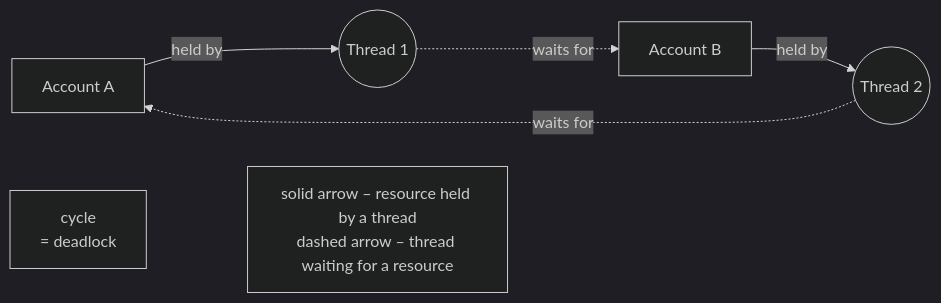
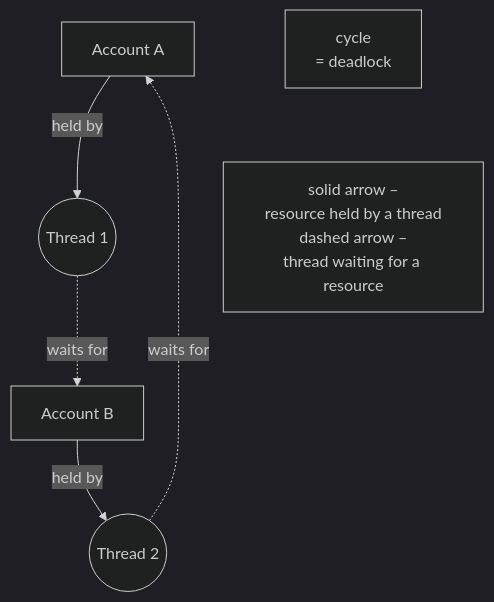
Before and after one commit to musicvano/Blog: the first of 2 diagrams in src/courses/parallel/03-synchronization/deadlock.md, drawn with Mermaid (dark theme). The commit also changed other lines of this file and 583 other files, not shown here.

````diff
--- a/src/courses/parallel/03-synchronization/deadlock.md
+++ b/src/courses/parallel/03-synchronization/deadlock.md
@@ -14,10 +14,10 @@
 ```mermaid
-flowchart LR
+flowchart TB
   RA["Account A"] -->|"held by"| TH1(("Thread 1"))
   TH1 -.->|"waits for"| RB["Account B"]
   RB -->|"held by"| TH2(("Thread 2"))
   TH2 -.->|"waits for"| RA
   CYC["cycle<br>= deadlock"]
-  LEG["solid arrow – resource held by a thread<br>dashed arrow – thread waiting for a resource"]
+  LEG["solid arrow –<br>resource held by a thread<br>dashed arrow –<br>thread waiting for a resource"]
   CYC ~~~ LEG
 ```
````
